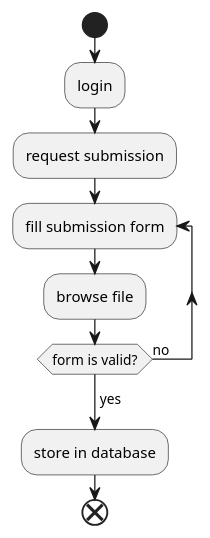
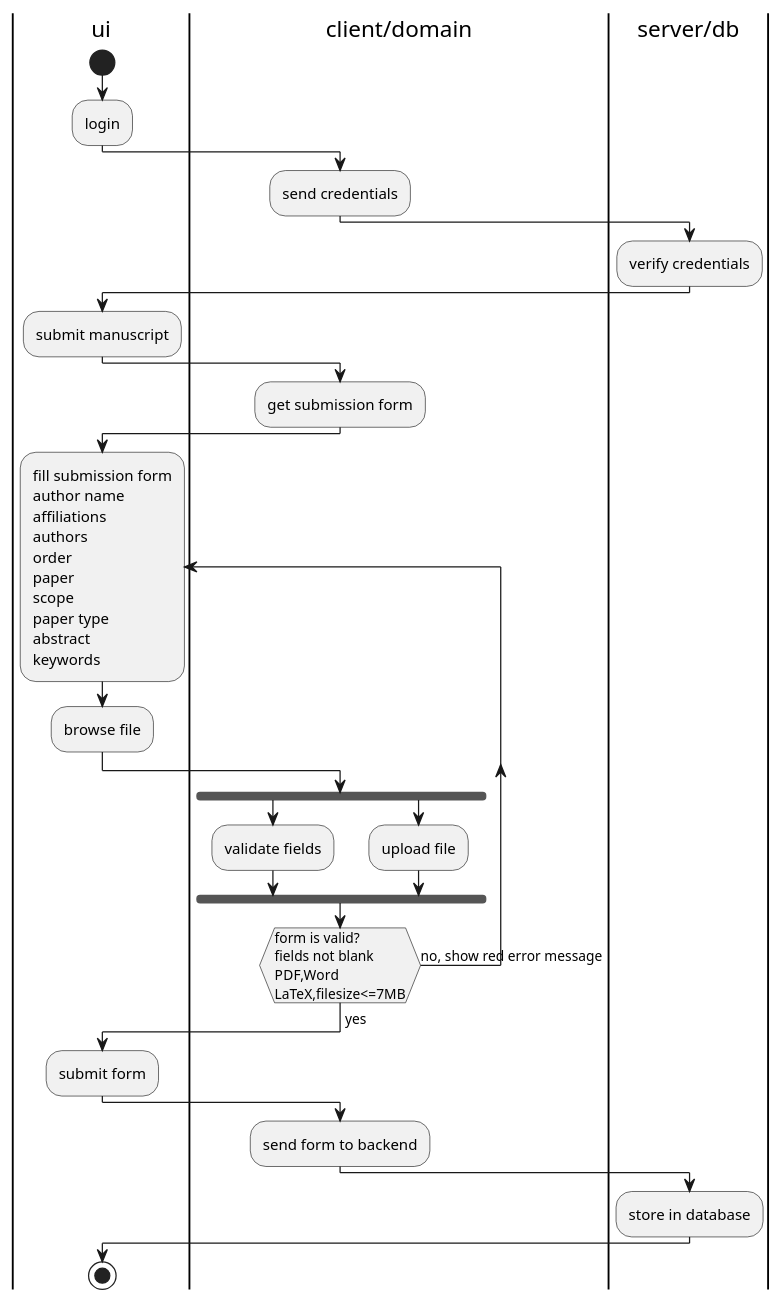
Before and after one commit to Arunscape/ECE493: the diagram in lab/lab3/activity1.puml, drawn with PlantUML. The commit also changed 3 other files, not shown here.

Commit message:
done one activity diagram

```diff
--- a/lab/lab3/activity1.puml
+++ b/lab/lab3/activity1.puml
@@ -1,20 +1,45 @@
 @startuml
+|ui|
 start
-
 :login;
 
-:request submission;
+|client/domain|
+:send credentials;
 
-repeat :fill submission form;
+|server/db|
+:verify credentials;
 
+|ui|
+:submit manuscript;
+
+|client/domain|
+:get submission form;
+
+|ui|
+repeat :fill submission form\nauthor name\naffiliations\nauthors\norder\npaper\nscope\npaper type\nabstract\nkeywords;
 :browse file;
 
-repeat while (form is valid?) is (no)
-->yes;
+|client/domain|
+fork
+    :validate fields;
+fork again
+    :upload file;
+end fork
 
+
+repeat while (form is valid?\nfields not blank\nPDF,Word\nLaTeX,filesize<=7MB) is (no, show red error message)
+-> yes;
+
+|ui|
+:submit form;
+
+|client/domain|
+:send form to backend;
+
+|server/db|
 :store in database;
 
-end
-
+|ui|
+stop
 
 @enduml
```
